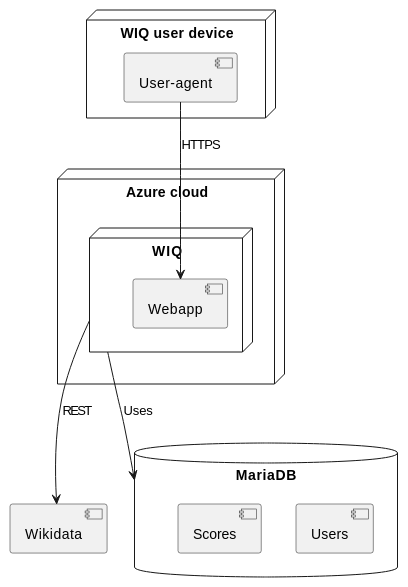
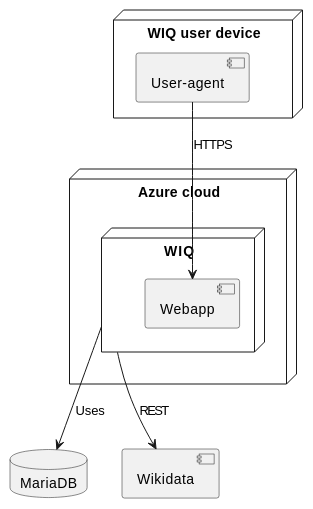
The second of 2 diagrams in docs/src/03_system_scope_and_context.adoc (Arquisoft/wiq_es1c), drawn with PlantUML before and after one commit. The commit also changed other lines of this file, not shown here.

```diff
--- a/docs/src/03_system_scope_and_context.adoc
+++ b/docs/src/03_system_scope_and_context.adoc
@@ -90,23 +97,20 @@
 [plantuml, "technicalcontext", png]
 ----
 node "Azure cloud" {
   node "WIQ" {
 [Webapp]
 }
 }
 
 node "WIQ user device" {
 [User-agent]
 }
 
 [User-agent] --> Webapp: HTTPS
 
-database "MariaDB" {
-[Users]
-[Scores]
-}
+database "MariaDB"
 
 WIQ --> [Wikidata]: REST
 WIQ --> MariaDB: Uses
 
 ----
```
